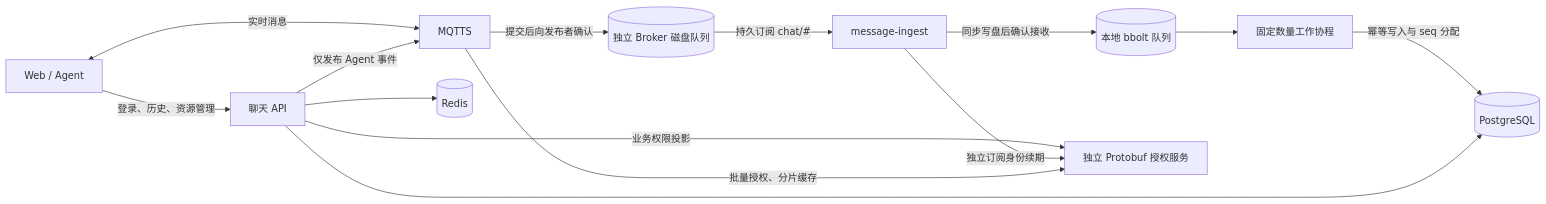
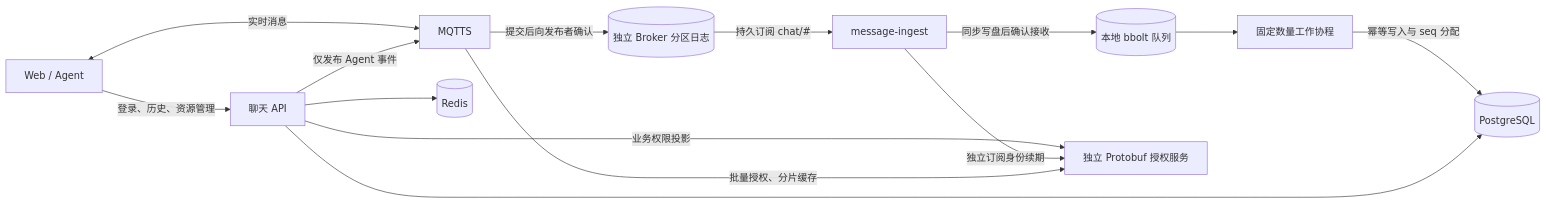
One commit to WorkClawDev/openclaw-bot-chat changed the diagram in docs/MESSAGE_INGEST.md. Above: the diagram before and after it, drawn with Mermaid. The commit also changed other lines of this file and 5 other files, not shown here.

````diff
--- a/docs/MESSAGE_INGEST.md
+++ b/docs/MESSAGE_INGEST.md
@@ -6,16 +6,16 @@
 ```mermaid
 flowchart LR
   C[Web / Agent] <-->|实时消息| B[MQTTS]
   C -->|登录、历史、资源管理| A[聊天 API]
-  B -->|提交后向发布者确认| BQ[(独立 Broker 磁盘队列)]
+  B -->|提交后向发布者确认| BQ[(独立 Broker 分区日志)]
   BQ -->|持久订阅 chat/#| I[message-ingest]
   I -->|同步写盘后确认接收| Q[(本地 bbolt 队列)]
   Q --> W[固定数量工作协程]
   W -->|幂等写入与 seq 分配| D[(PostgreSQL)]
   A --> D
   A --> R[(Redis)]
   A -->|仅发布 Agent 事件| B
   A -->|业务权限投影| Z[独立 Protobuf 授权服务]
   I -->|独立订阅身份续期| Z
   B -->|批量授权、分片缓存| Z
 ```
````
